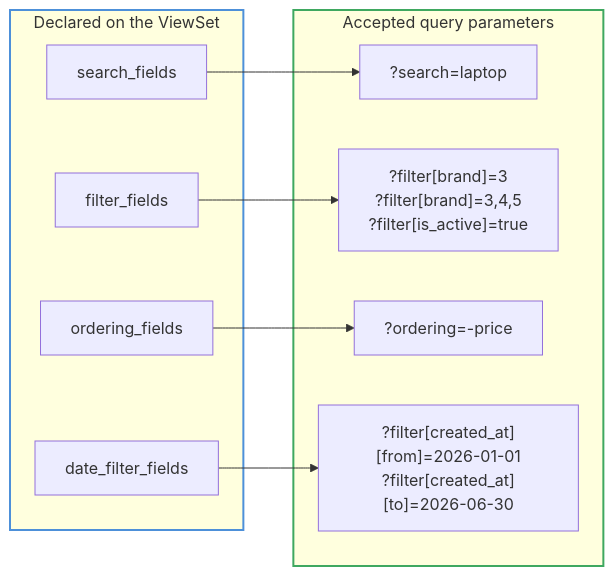
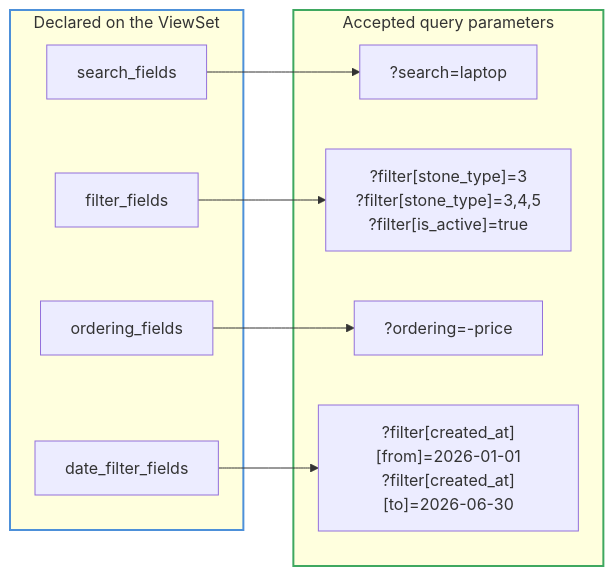
The second of 4 diagrams in docs/diagrams/query-layer.md (TGCTZ/TGC-SERVICE-BACKEND), drawn with Mermaid before and after one commit. The commit also changed 144 other files, not shown here.

````diff
--- a/docs/diagrams/query-layer.md
+++ b/docs/diagrams/query-layer.md
@@ -42,24 +42,24 @@
 ```mermaid
 flowchart LR
     subgraph declared["Declared on the ViewSet"]
         SF["search_fields"]
         FF["filter_fields"]
         OF["ordering_fields"]
         DF["date_filter_fields"]
     end
 
     subgraph params["Accepted query parameters"]
         P1["?search=laptop"]
-        P2["?filter[brand]=3<br/>?filter[brand]=3,4,5<br/>?filter[is_active]=true"]
+        P2["?filter[stone_type]=3<br/>?filter[stone_type]=3,4,5<br/>?filter[is_active]=true"]
         P3["?ordering=-price"]
         P4["?filter[created_at][from]=2026-01-01<br/>?filter[created_at][to]=2026-06-30"]
     end
 
     SF --> P1
     FF --> P2
     OF --> P3
     DF --> P4
 
     style declared stroke:#4d90d9,stroke-width:2px
     style params stroke:#3fa860,stroke-width:2px
 ```
````
